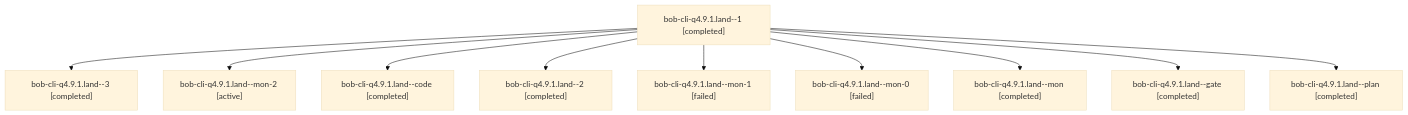
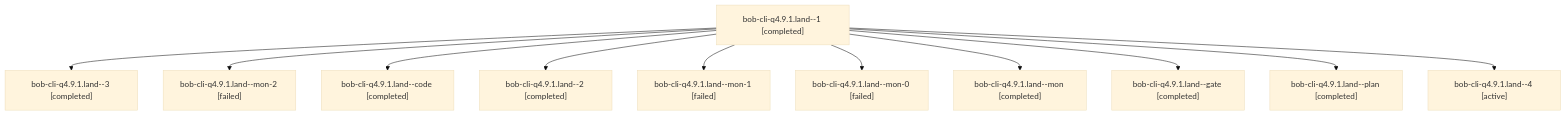
Before and after one commit to bobs-org/bob-cli--agents: the diagram in sessions/bbugyi200.athena.bob-cli-q4.9.1.land.md, drawn with Mermaid (base theme). The commit also changed other lines of this file and 132 other files, not shown here.

````diff
--- a/sessions/bbugyi200.athena.bob-cli-q4.9.1.land.md
+++ b/sessions/bbugyi200.athena.bob-cli-q4.9.1.land.md
@@ -9,22 +9,24 @@
 ```mermaid
 flowchart TD
   n0["bob-cli-q4.9.1.land--1 [completed]"]
   n1["bob-cli-q4.9.1.land--3 [completed]"]
   n0 --> n1
-  n2["bob-cli-q4.9.1.land--mon-2 [active]"]
+  n2["bob-cli-q4.9.1.land--mon-2 [failed]"]
   n0 --> n2
   n3["bob-cli-q4.9.1.land--code [completed]"]
   n0 --> n3
   n4["bob-cli-q4.9.1.land--2 [completed]"]
   n0 --> n4
   n5["bob-cli-q4.9.1.land--mon-1 [failed]"]
   n0 --> n5
   n6["bob-cli-q4.9.1.land--mon-0 [failed]"]
   n0 --> n6
   n7["bob-cli-q4.9.1.land--mon [completed]"]
   n0 --> n7
   n8["bob-cli-q4.9.1.land--gate [completed]"]
   n0 --> n8
   n9["bob-cli-q4.9.1.land--plan [completed]"]
   n0 --> n9
+  n10["bob-cli-q4.9.1.land--4 [active]"]
+  n0 --> n10
 ```
````
